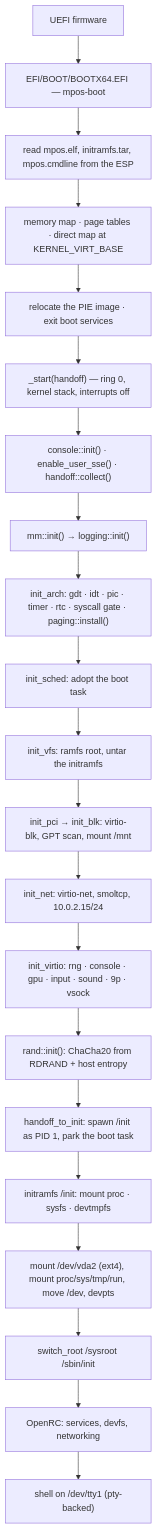
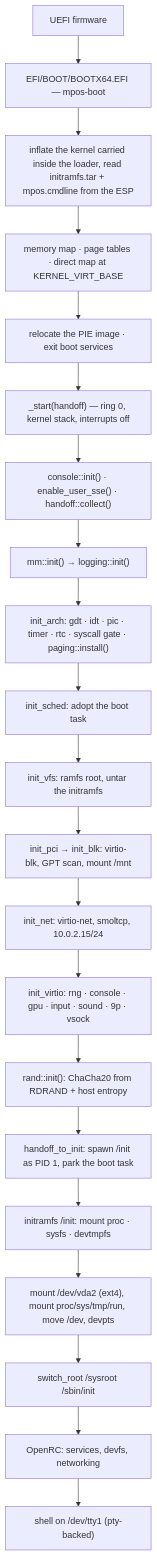
One commit to sgj123456/MPOS changed the second of 5 diagrams in README.md. Above: the diagram before and after it, drawn with Mermaid. The commit also changed 20 other files, not shown here.

````diff
--- a/README.md
+++ b/README.md
@@ -144,23 +144,23 @@
 ```mermaid
 graph TD
     A["UEFI firmware"] --> B["EFI/BOOT/BOOTX64.EFI — mpos-boot"]
-    B --> B1["read mpos.elf, initramfs.tar, mpos.cmdline from the ESP"]
+    B --> B1["inflate the kernel carried inside the loader, read initramfs.tar + mpos.cmdline from the ESP"]
     B1 --> B2["memory map · page tables · direct map at KERNEL_VIRT_BASE"]
     B2 --> B3["relocate the PIE image · exit boot services"]
     B3 --> C["_start(handoff) — ring 0, kernel stack, interrupts off"]
     C --> C1["console::init() · enable_user_sse() · handoff::collect()"]
     C1 --> D["mm::init() → logging::init()"]
     D --> E["init_arch: gdt · idt · pic · timer · rtc · syscall gate · paging::install()"]
     E --> F["init_sched: adopt the boot task"]
     F --> G["init_vfs: ramfs root, untar the initramfs"]
     G --> H["init_pci → init_blk: virtio-blk, GPT scan, mount /mnt"]
     H --> I["init_net: virtio-net, smoltcp, 10.0.2.15/24"]
     I --> J["init_virtio: rng · console · gpu · input · sound · 9p · vsock"]
     J --> K["rand::init(): ChaCha20 from RDRAND + host entropy"]
     K --> L["handoff_to_init: spawn /init as PID 1, park the boot task"]
     L --> M["initramfs /init: mount proc · sysfs · devtmpfs"]
     M --> N["mount /dev/vda2 (ext4), mount proc/sys/tmp/run, move /dev, devpts"]
     N --> O["switch_root /sysroot /sbin/init"]
     O --> P["OpenRC: services, devfs, networking"]
     P --> Q["shell on /dev/tty1 (pty-backed)"]
 ```
````
